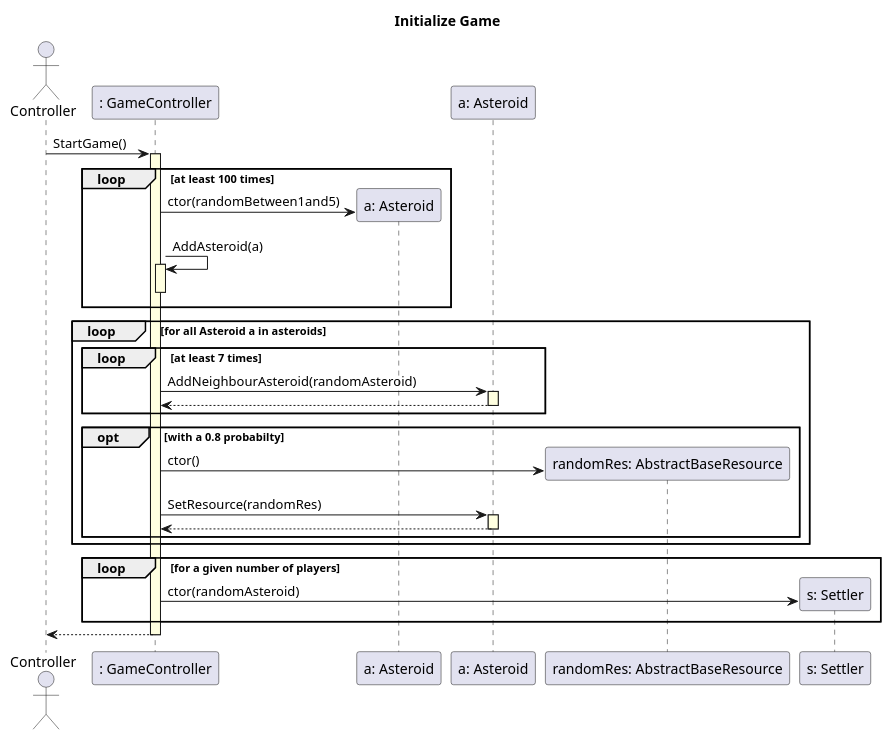
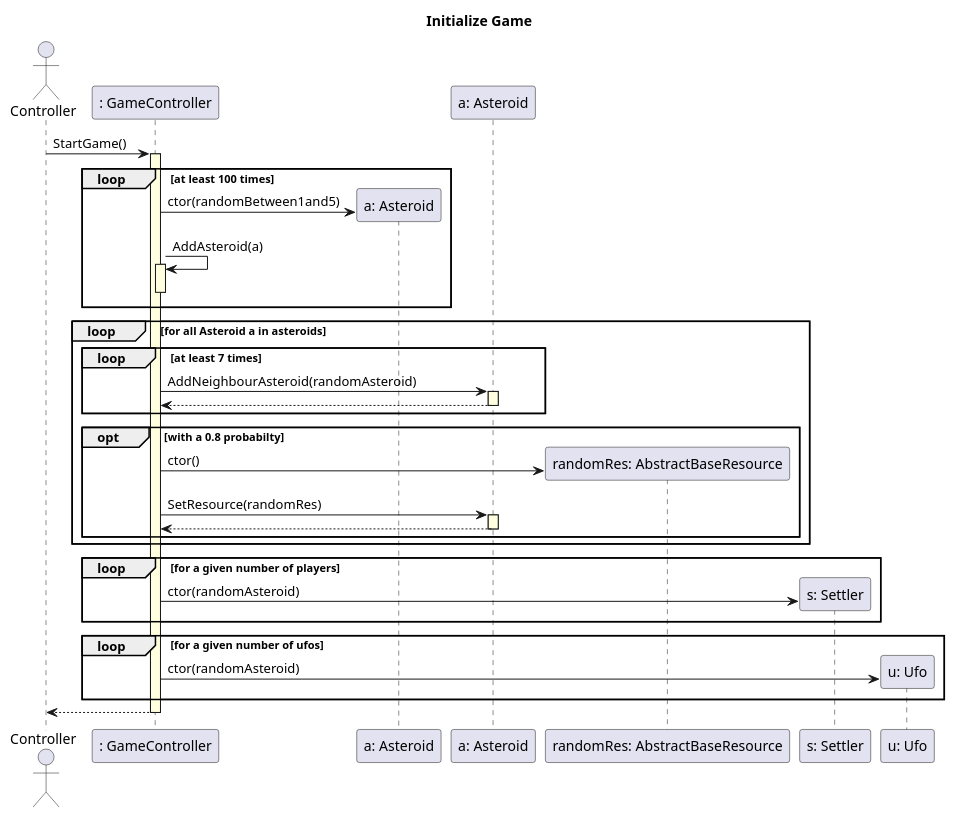
One commit to triszt4n/projlab_holy_oil changed the diagram in uml/original_seq_diagrams/init_game.plantuml. Above: the diagram before and after it, drawn with PlantUML. The commit also changed 36 other files, not shown here.

```diff
--- a/uml/original_seq_diagrams/init_game.plantuml
+++ b/uml/original_seq_diagrams/init_game.plantuml
@@ -1,53 +1,60 @@
 @startuml
 skinparam SequenceLifeLineBackgroundColor LightYellow
 
 title "Initialize Game"
 
 actor Controller as CTR
 participant ": GameController" as game
 participant "a: Asteroid" as a1
 participant "a: Asteroid" as a2
 participant "randomRes: AbstractBaseResource" as res
 participant "s: Settler" as s
+participant "u: Ufo" as u
 
 CTR -> game ++ : StartGame()
 
     loop at least 100 times
 
         game -> a1 ** : ctor(randomBetween1and5)
 
         game -> game ++ : AddAsteroid(a)
         deactivate game
 
     end
 
     loop for all Asteroid a in asteroids
         
         loop at least 7 times
 
             game -> a2 ++ : AddNeighbourAsteroid(randomAsteroid)
             a2 --> game --
 
         end
 
         opt with a 0.8 probabilty
 
             game -> res ** : ctor()
 
             game -> a2 ++ : SetResource(randomRes)
             a2 --> game --
 
         end
 
     end
 
 
     loop for a given number of players
 
         game -> s ** : ctor(randomAsteroid)
 
     end
 
+    loop for a given number of ufos
+
+        game -> u ** : ctor(randomAsteroid)
+
+    end
+
 game --> CTR --
 
 @enduml
```
